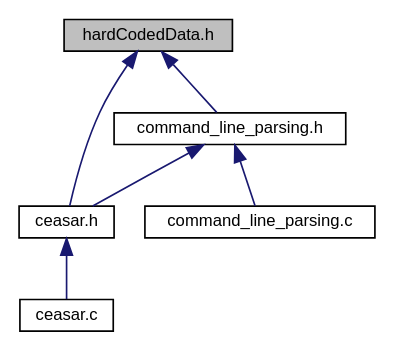
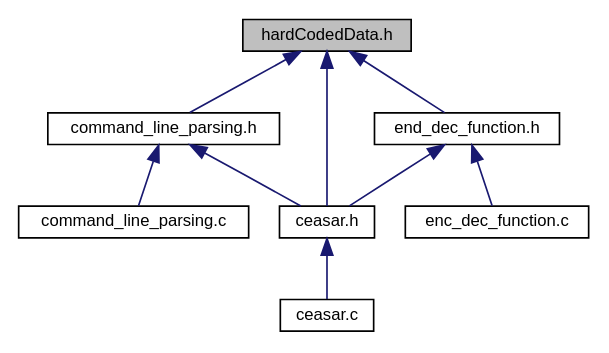
One commit to LevyMatan/ISP_ex2_doc changed the diagram in hard_coded_data_8h__dep__incl.dot. Above: the diagram before and after it, drawn with Graphviz. The commit also changed 145 other files, not shown here.

```diff
--- a/hard_coded_data_8h__dep__incl.dot
+++ b/hard_coded_data_8h__dep__incl.dot
@@ -1,17 +1,22 @@
 digraph "hardCodedData.h"
 {
  // INTERACTIVE_SVG=YES
  // LATEX_PDF_SIZE
   edge [fontname="Helvetica",fontsize="10",labelfontname="Helvetica",labelfontsize="10"];
   node [fontname="Helvetica",fontsize="10",shape=record];
   Node1 [label="hardCodedData.h",height=0.2,width=0.4,color="black", fillcolor="grey75", style="filled", fontcolor="black",tooltip="All common hardcoded data, types, and constants."];
   Node1 -> Node2 [dir="back",color="midnightblue",fontsize="10",style="solid",fontname="Helvetica"];
-  Node2 [label="ceasar.h",height=0.2,width=0.4,color="black", fillcolor="white", style="filled",URL="$ceasar_8h.html",tooltip=" "];
+  Node2 [label="ceasar.h",height=0.2,width=0.4,color="black", fillcolor="white", style="filled",URL="$ceasar_8h.html",tooltip="Delartion of core function to construct Ceasar program from."];
   Node2 -> Node3 [dir="back",color="midnightblue",fontsize="10",style="solid",fontname="Helvetica"];
-  Node3 [label="ceasar.c",height=0.2,width=0.4,color="black", fillcolor="white", style="filled",URL="$ceasar_8c.html",tooltip=" "];
+  Node3 [label="ceasar.c",height=0.2,width=0.4,color="black", fillcolor="white", style="filled",URL="$ceasar_8c.html",tooltip="Main program file. The Ceasar program will decrypt an input file."];
   Node1 -> Node4 [dir="back",color="midnightblue",fontsize="10",style="solid",fontname="Helvetica"];
-  Node4 [label="command_line_parsing.h",height=0.2,width=0.4,color="black", fillcolor="white", style="filled",URL="$command__line__parsing_8h.html",tooltip=" "];
+  Node4 [label="command_line_parsing.h",height=0.2,width=0.4,color="black", fillcolor="white", style="filled",URL="$command__line__parsing_8h.html",tooltip="Decleration and defenitions of all command line parsing related function and macros."];
   Node4 -> Node2 [dir="back",color="midnightblue",fontsize="10",style="solid",fontname="Helvetica"];
   Node4 -> Node5 [dir="back",color="midnightblue",fontsize="10",style="solid",fontname="Helvetica"];
-  Node5 [label="command_line_parsing.c",height=0.2,width=0.4,color="black", fillcolor="white", style="filled",URL="$command__line__parsing_8c.html",tooltip=" "];
+  Node5 [label="command_line_parsing.c",height=0.2,width=0.4,color="black", fillcolor="white", style="filled",URL="$command__line__parsing_8c.html",tooltip="Implementation of all command line parsing functions."];
+  Node1 -> Node6 [dir="back",color="midnightblue",fontsize="10",style="solid",fontname="Helvetica"];
+  Node6 [label="end_dec_function.h",height=0.2,width=0.4,color="black", fillcolor="white", style="filled",URL="$end__dec__function_8h.html",tooltip="//TODO: Vladimir"];
+  Node6 -> Node2 [dir="back",color="midnightblue",fontsize="10",style="solid",fontname="Helvetica"];
+  Node6 -> Node7 [dir="back",color="midnightblue",fontsize="10",style="solid",fontname="Helvetica"];
+  Node7 [label="enc_dec_function.c",height=0.2,width=0.4,color="black", fillcolor="white", style="filled",URL="$enc__dec__function_8c.html",tooltip=" "];
 }
```
